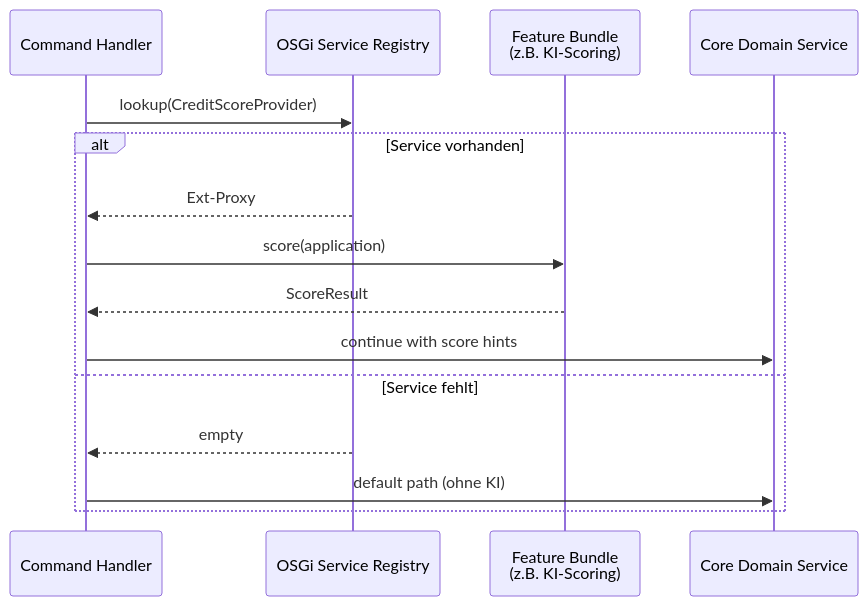
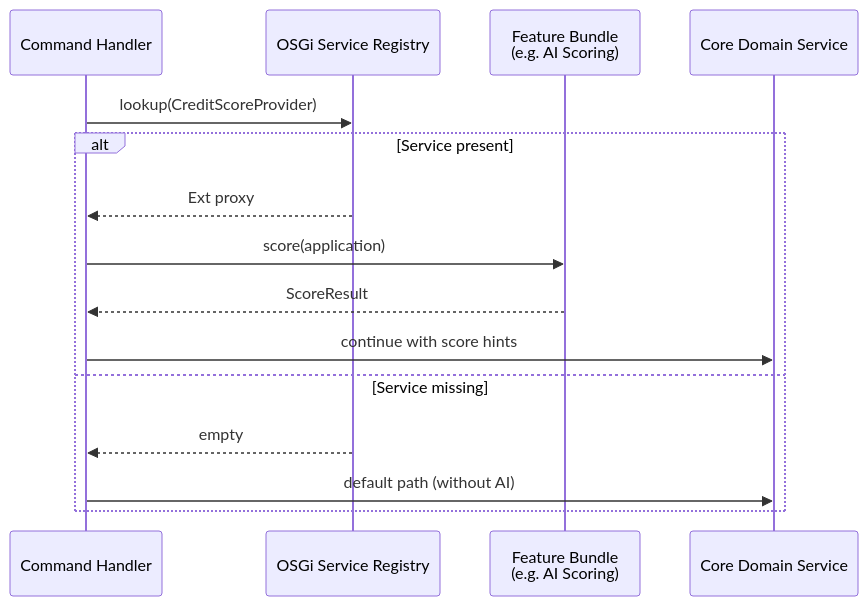
The third of 5 diagrams in docs/arc42/04_runtime_view.md (RainerMaxWallscheid/fineract-osgi), drawn with Mermaid before and after one commit. The commit also changed other lines of this file and 38 other files, not shown here.

````diff
--- a/docs/arc42/04_runtime_view.md
+++ b/docs/arc42/04_runtime_view.md
@@ -191,18 +191,18 @@
 ```mermaid
 sequenceDiagram
     participant API as Command Handler
     participant Reg as OSGi Service Registry
-    participant Ext as Feature Bundle<br/>(z.B. KI-Scoring)
+    participant Ext as Feature Bundle<br/>(e.g. AI Scoring)
     participant Core as Core Domain Service
 
     API->>Reg: lookup(CreditScoreProvider)
-    alt Service vorhanden
-        Reg-->>API: Ext-Proxy
+    alt Service present
+        Reg-->>API: Ext proxy
         API->>Ext: score(application)
         Ext-->>API: ScoreResult
         API->>Core: continue with score hints
-    else Service fehlt
+    else Service missing
         Reg-->>API: empty
-        API->>Core: default path (ohne KI)
+        API->>Core: default path (without AI)
     end
 ```
````
